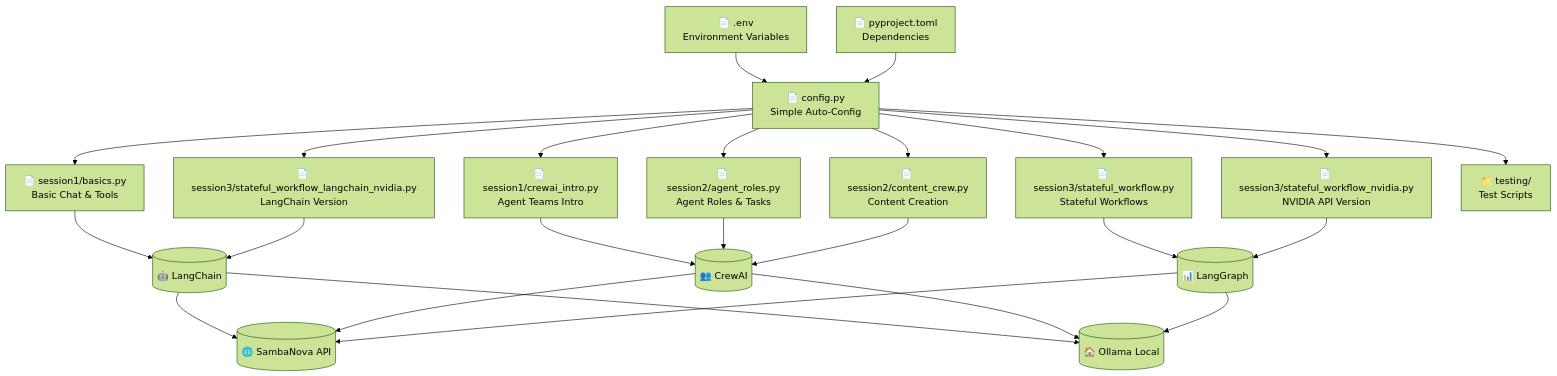
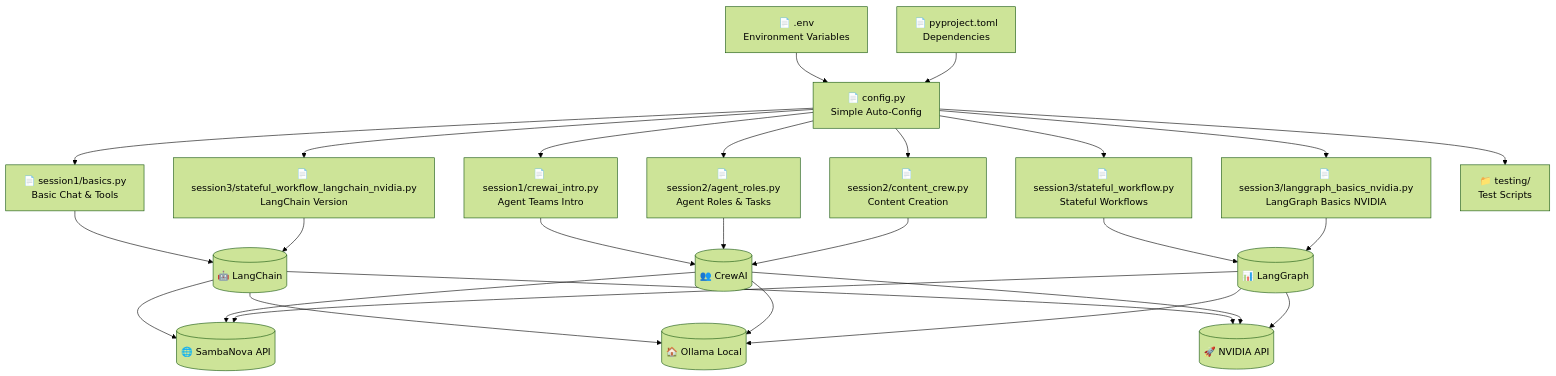
Before and after one commit to ashishpatel26/AIAgentWorkshop-New: the first of 10 diagrams in README.md, drawn with Mermaid (forest theme). The commit also changed other lines of this file and 1 other file, not shown here.

First line of the commit message:
feat(docs): add NVIDIA AI provider support and update project documentation

````diff
--- a/README.md
+++ b/README.md
@@ -216,57 +249,61 @@
 ```mermaid
 flowchart TD
     %% Configuration files
     envFile[📄 .env<br/>Environment Variables]
     configPy[📄 config.py<br/>Simple Auto-Config]
     pyproject[📄 pyproject.toml<br/>Dependencies]
 
     %% Session 1 files
     basics[📄 session1/basics.py<br/>Basic Chat & Tools]
     crewaiIntro[📄 session1/crewai_intro.py<br/>Agent Teams Intro]
 
     %% Session 2 files
     agentRoles[📄 session2/agent_roles.py<br/>Agent Roles & Tasks]
     contentCrew[📄 session2/content_crew.py<br/>Content Creation]
 
     %% Session 3 files
     statefulWF[📄 session3/stateful_workflow.py<br/>Stateful Workflows]
-    nvidiaWF[📄 session3/stateful_workflow_nvidia.py<br/>NVIDIA API Version]
+    nvidiaWF[📄 session3/langgraph_basics_nvidia.py<br/>LangGraph Basics NVIDIA]
     langchainWF[📄 session3/stateful_workflow_langchain_nvidia.py<br/>LangChain Version]
 
     %% Testing files
     testFiles[📁 testing/<br/>Test Scripts]
 
     %% External frameworks
     langchain[(🤖 LangChain)]
     crewai[(👥 CrewAI)]
     langgraph[(📊 LangGraph)]
     sambanova[(🌐 SambaNova API)]
     ollama[(🏠 Ollama Local)]
+    nvidia[(🚀 NVIDIA API)]
 
     %% Connections
     envFile --> configPy
     pyproject --> configPy
     configPy --> basics
     configPy --> crewaiIntro
     configPy --> agentRoles
     configPy --> contentCrew
     configPy --> statefulWF
     configPy --> nvidiaWF
     configPy --> langchainWF
     configPy --> testFiles
 
     basics --> langchain
     crewaiIntro --> crewai
     agentRoles --> crewai
     contentCrew --> crewai
     statefulWF --> langgraph
     nvidiaWF --> langgraph
     langchainWF --> langchain
 
     langchain --> sambanova
     langchain --> ollama
+    langchain --> nvidia
     crewai --> sambanova
     crewai --> ollama
+    crewai --> nvidia
     langgraph --> sambanova
     langgraph --> ollama
+    langgraph --> nvidia
 ```
````
